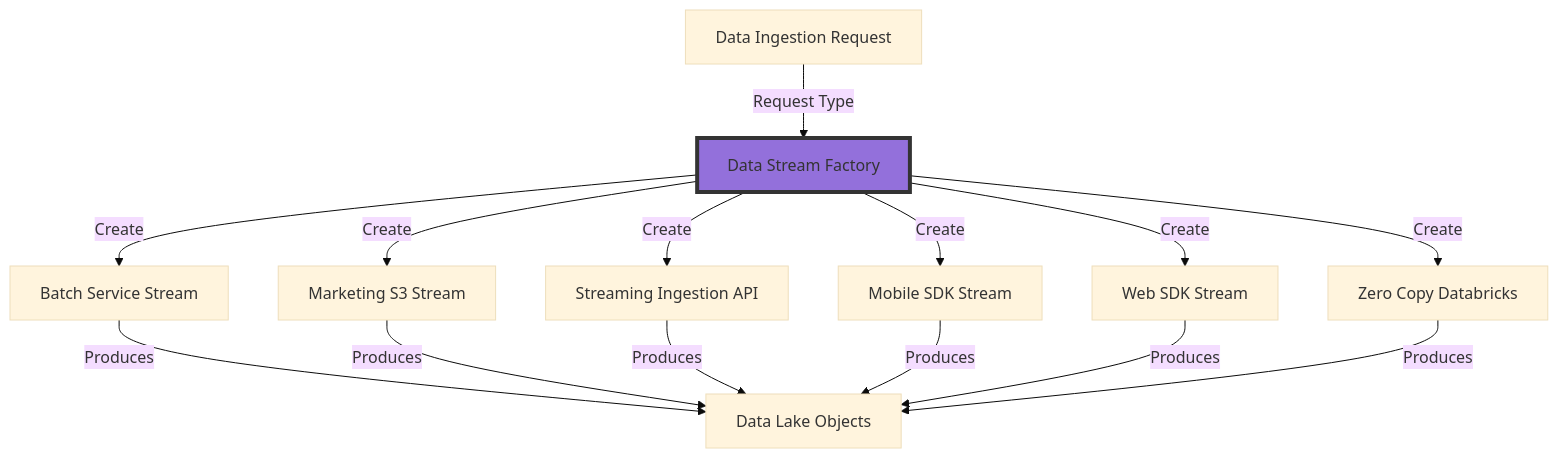
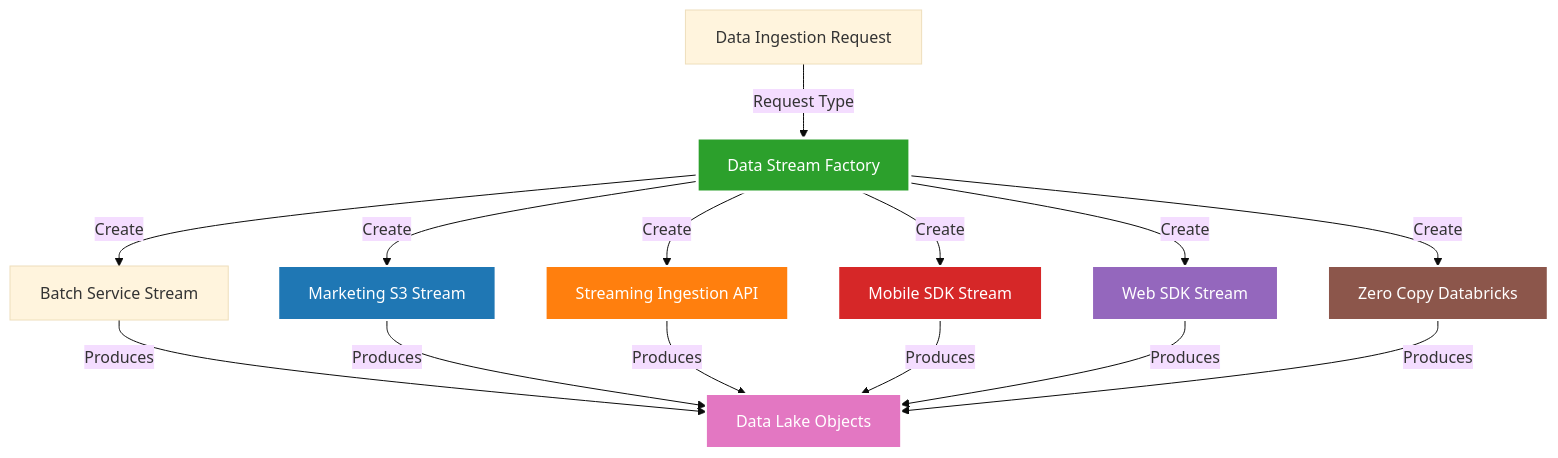
Before and after one commit to arupsarkar-sfdc/Misc: diagram 12 of 20 in README_DataCloud_Patterns_Data_Examples.md, drawn with Mermaid (base theme). The commit also changed other lines of this file and 1 other file, not shown here.

````diff
--- a/README_DataCloud_Patterns_Data_Examples.md
+++ b/README_DataCloud_Patterns_Data_Examples.md
@@ -1613,20 +3241,26 @@
 ```mermaid
 graph TB
     Client[Data Ingestion Request] -->|Request Type| Factory[Data Stream Factory]
     
     Factory -->|Create| Batch[Batch Service Stream]
     Factory -->|Create| Marketing[Marketing S3 Stream]
     Factory -->|Create| Streaming[Streaming Ingestion API]
     Factory -->|Create| Mobile[Mobile SDK Stream]
     Factory -->|Create| Web[Web SDK Stream]
     Factory -->|Create| Zero[Zero Copy Databricks]
     
     Batch -->|Produces| DLO1[Data Lake Objects]
     Marketing -->|Produces| DLO1
     Streaming -->|Produces| DLO1
     Mobile -->|Produces| DLO1
     Web -->|Produces| DLO1
     Zero -->|Produces| DLO1
     
-    style Factory fill:#9370DB,stroke:#333,stroke-width:4px
+    style Factory fill:#2ca02c,stroke:#ffffff,stroke-width:3px,color:#ffffff
+    style Marketing fill:#1f77b4,stroke:#ffffff,stroke-width:2px,color:#ffffff
+    style Streaming fill:#ff7f0e,stroke:#ffffff,stroke-width:2px,color:#ffffff
+    style Mobile fill:#d62728,stroke:#ffffff,stroke-width:2px,color:#ffffff
+    style Web fill:#9467bd,stroke:#ffffff,stroke-width:2px,color:#ffffff
+    style Zero fill:#8c564b,stroke:#ffffff,stroke-width:2px,color:#ffffff
+    style DLO1 fill:#e377c2,stroke:#ffffff,stroke-width:2px,color:#ffffff
 ```
````
